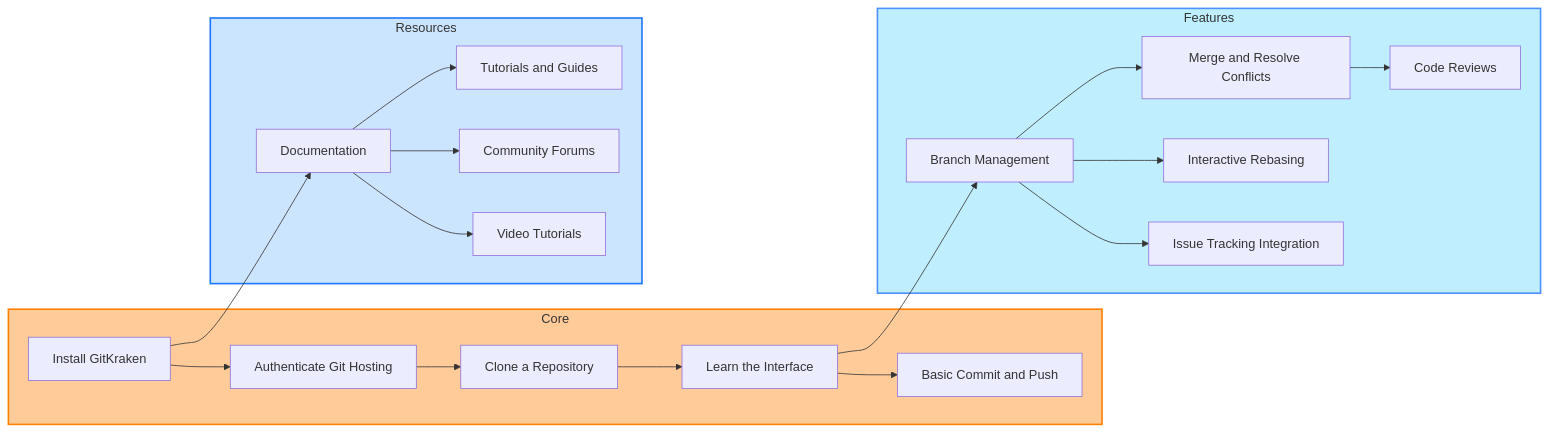
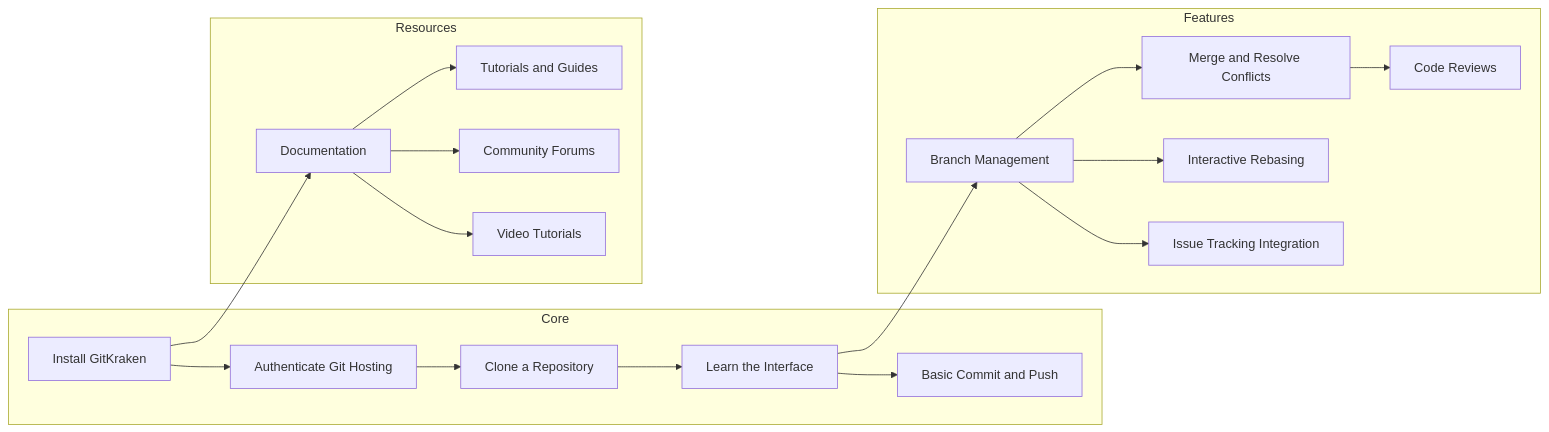
The diagram in gitkraken_study-roadmap.mmd (AnthonyByansi/GitKraken-Compendium), drawn with Mermaid before and after one commit.

```diff
--- a/gitkraken_study-roadmap.mmd
+++ b/gitkraken_study-roadmap.mmd
@@ -1,44 +1,40 @@
 flowchart LR
 
 subgraph Core
   id1[Install GitKraken]
   id2[Authenticate Git Hosting]
   id3[Clone a Repository]
   id4[Learn the Interface]
   id5[Basic Commit and Push]
 end
 
 subgraph Features
   id6[Branch Management]
   id7[Merge and Resolve Conflicts]
   id8[Code Reviews]
   id9[Interactive Rebasing]
   id10[Issue Tracking Integration]
 end
 
 subgraph Resources
   id11[Documentation]
   id12[Tutorials and Guides]
   id13[Community Forums]
   id14[Video Tutorials]
 end
 
 id1 --> id2
 id2 --> id3
 id3 --> id4
 id4 --> id5
 
 id4 --> id6
 id6 --> id7
 id6 --> id9
 id6 --> id10
 id7 --> id8
 
 id1 --> id11
 id11 --> id12
 id11 --> id13
 id11 --> id14
-
-style Core fill:#FFCC99, stroke:#FF8000, stroke-width:2px
-style Features fill:#BFEFFF, stroke:#4D90FE, stroke-width:2px
-style Resources fill:#CCE5FF, stroke:#1C77FF, stroke-width:2px
```
